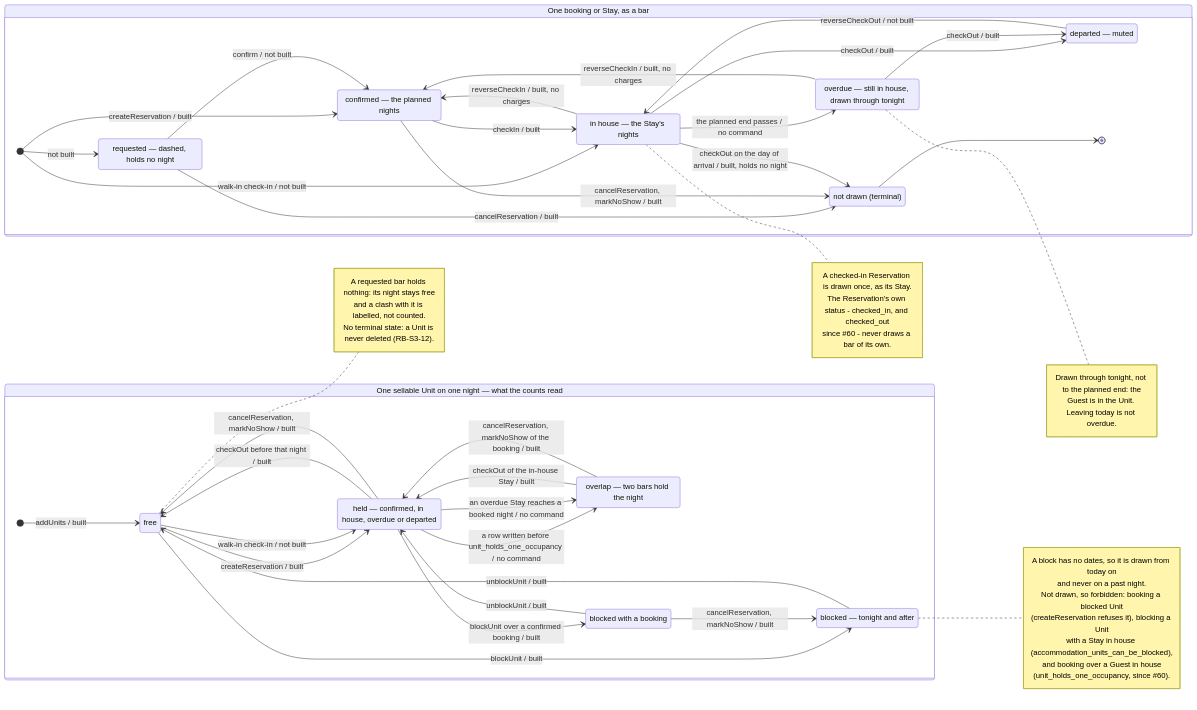
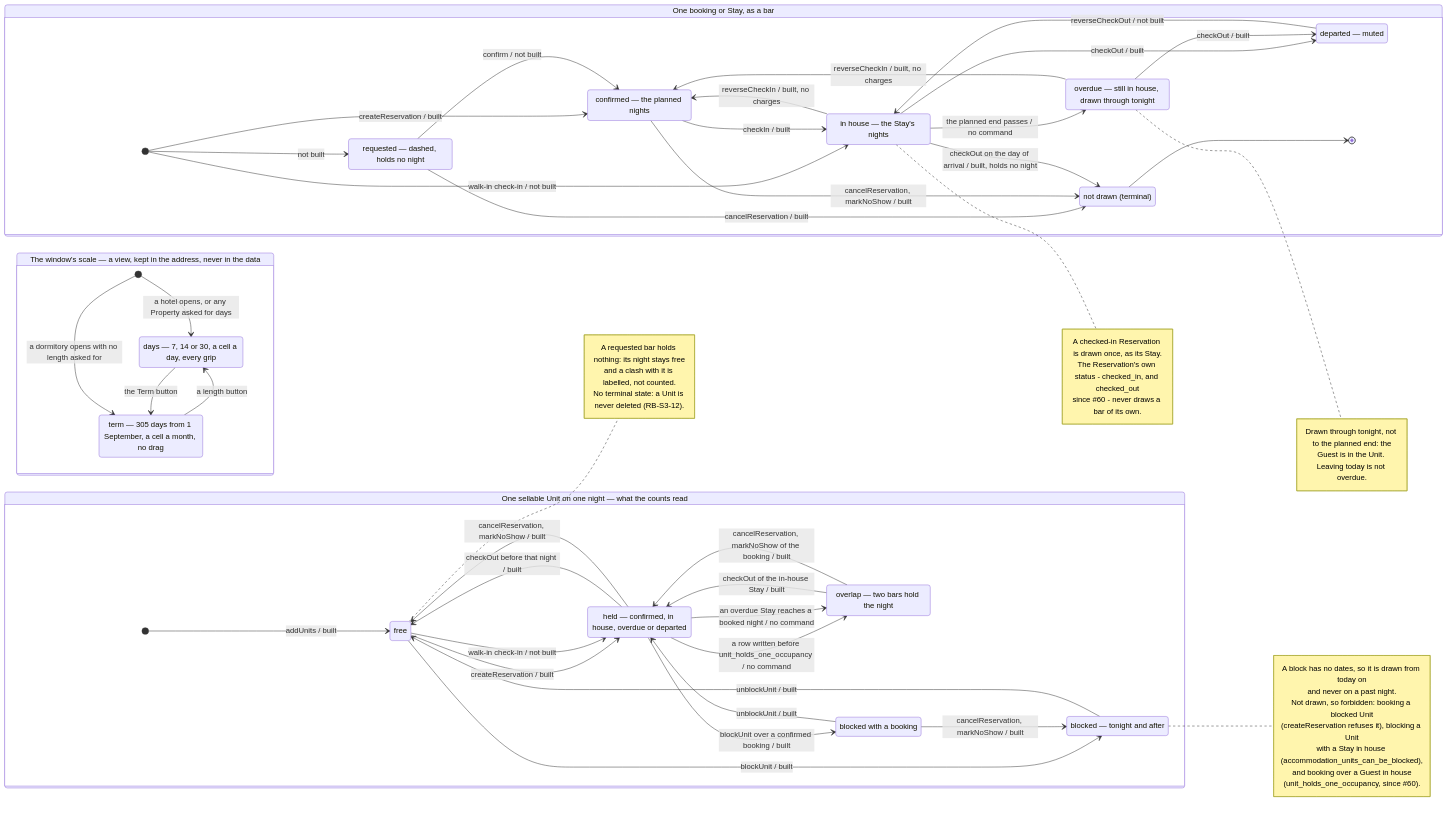
The diagram in docs/features/room-calendar/states.mmd (prizic/ranza), drawn with Mermaid before and after one commit. The commit also changed 41 other files, not shown here.

First line of the commit message:
feat(room-calendar): a term window for a dormitory, and block and gender chips with the empty beds each leaves

```diff
--- a/docs/features/room-calendar/states.mmd
+++ b/docs/features/room-calendar/states.mmd
@@ -1,84 +1,94 @@
 %% The calendar has no command of its own. What it draws changes because commands
 %% owned by other features run, and because the Property's day passes. Both machines
 %% below are derived: every arrow names the command that moves it, or says that no
 %% command does. Anything not drawn is forbidden.
 %% "not built" means no command reaches it on main today.
 %% Slices: s1 draws both machines. s2 changes the default view and adds no transition.
 %% Ids are prefixed because a state id is global in Mermaid.
 stateDiagram-v2
   direction LR
 
   state "One booking or Stay, as a bar" as BarMachine {
     state "requested — dashed, holds no night" as b_requested
     state "confirmed — the planned nights" as b_confirmed
     state "in house — the Stay's nights" as b_in_house
     state "overdue — still in house, drawn through tonight" as b_overdue
     state "departed — muted" as b_departed
     state "not drawn (terminal)" as b_gone
 
     [*] --> b_requested : not built
     [*] --> b_confirmed : createReservation / built
     [*] --> b_in_house : walk-in check-in / not built
     b_requested --> b_confirmed : confirm / not built
     b_requested --> b_gone : cancelReservation / built
     b_confirmed --> b_gone : cancelReservation, markNoShow / built
     b_confirmed --> b_in_house : checkIn / built
     b_in_house --> b_confirmed : reverseCheckIn / built, no charges
     b_in_house --> b_overdue : the planned end passes / no command
     b_in_house --> b_departed : checkOut / built
     b_in_house --> b_gone : checkOut on the day of arrival / built, holds no night
     b_overdue --> b_confirmed : reverseCheckIn / built, no charges
     b_overdue --> b_departed : checkOut / built
     b_departed --> b_in_house : reverseCheckOut / not built
     b_gone --> [*]
   }
 
   state "One sellable Unit on one night — what the counts read" as NightMachine {
     state "free" as n_free
     state "held — confirmed, in house, overdue or departed" as n_held
     state "overlap — two bars hold the night" as n_overlap
     state "blocked — tonight and after" as n_blocked
     state "blocked with a booking" as n_blocked_booked
 
     [*] --> n_free : addUnits / built
     n_free --> n_held : createReservation / built
     n_free --> n_held : walk-in check-in / not built
     n_held --> n_free : checkOut before that night / built
     n_held --> n_free : cancelReservation, markNoShow / built
     n_held --> n_overlap : a row written before unit_holds_one_occupancy / no command
     n_held --> n_overlap : an overdue Stay reaches a booked night / no command
     n_overlap --> n_held : checkOut of the in-house Stay / built
     n_overlap --> n_held : cancelReservation, markNoShow of the booking / built
     n_free --> n_blocked : blockUnit / built
     n_blocked --> n_free : unblockUnit / built
     n_held --> n_blocked_booked : blockUnit over a confirmed booking / built
     n_blocked_booked --> n_held : unblockUnit / built
     n_blocked_booked --> n_blocked : cancelReservation, markNoShow / built
   }
 
+  state "The window's scale — a view, kept in the address, never in the data" as ScaleMachine {
+    state "days — 7, 14 or 30, a cell a day, every grip" as sc_days
+    state "term — 305 days from 1 September, a cell a month, no drag" as sc_term
+
+    [*] --> sc_days : a hotel opens, or any Property asked for days
+    [*] --> sc_term : a dormitory opens with no length asked for
+    sc_days --> sc_term : the Term button
+    sc_term --> sc_days : a length button
+  }
+
   note right of b_in_house
     A checked-in Reservation is drawn once, as its Stay.
     The Reservation's own status - checked_in, and checked_out
     since #60 - never draws a bar of its own.
   end note
 
   note right of b_overdue
     Drawn through tonight, not to the planned end: the
     Guest is in the Unit. Leaving today is not overdue.
   end note
 
   note right of n_free
     A requested bar holds nothing: its night stays free
     and a clash with it is labelled, not counted.
     No terminal state: a Unit is never deleted (RB-S3-12).
   end note
 
   note right of n_blocked
     A block has no dates, so it is drawn from today on
     and never on a past night.
     Not drawn, so forbidden: booking a blocked Unit
     (createReservation refuses it), blocking a Unit
     with a Stay in house (accommodation_units_can_be_blocked),
     and booking over a Guest in house
     (unit_holds_one_occupancy, since #60).
   end note
```
